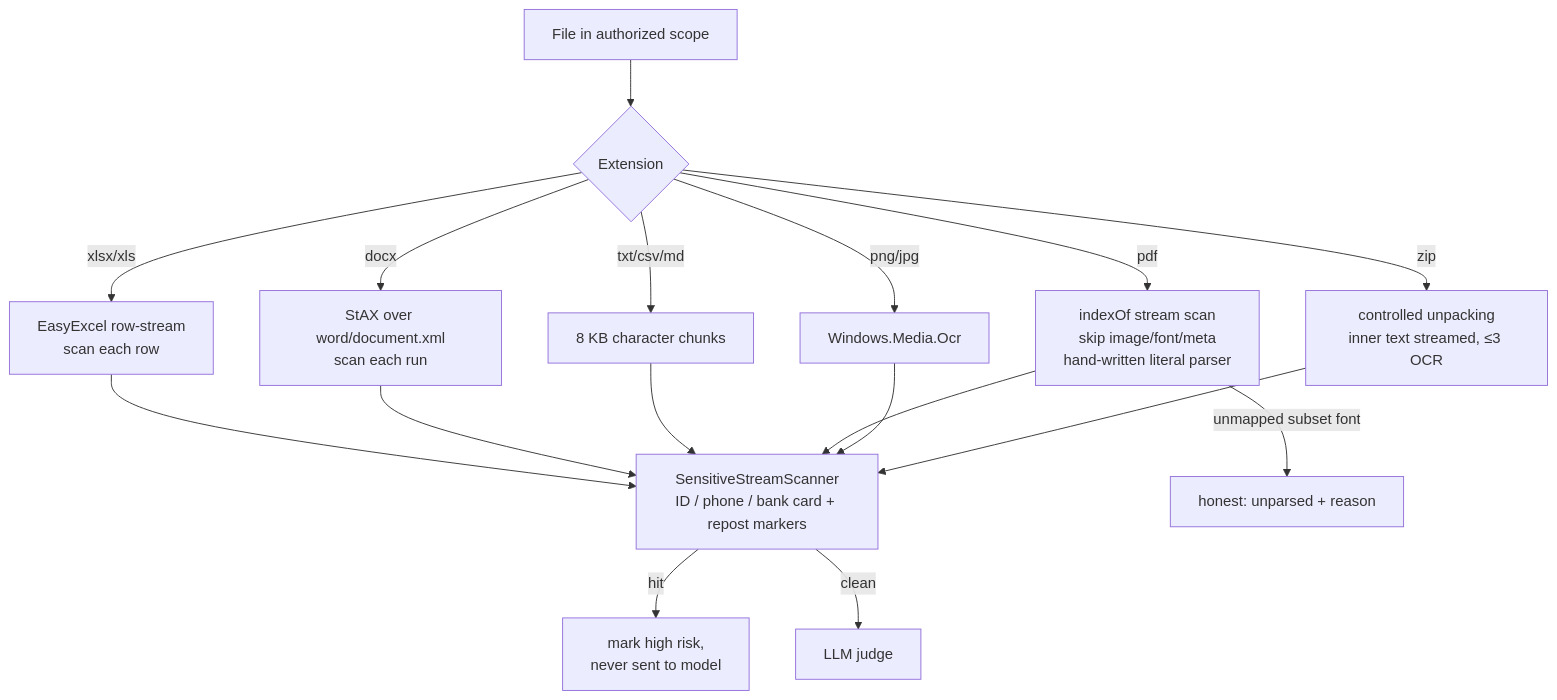
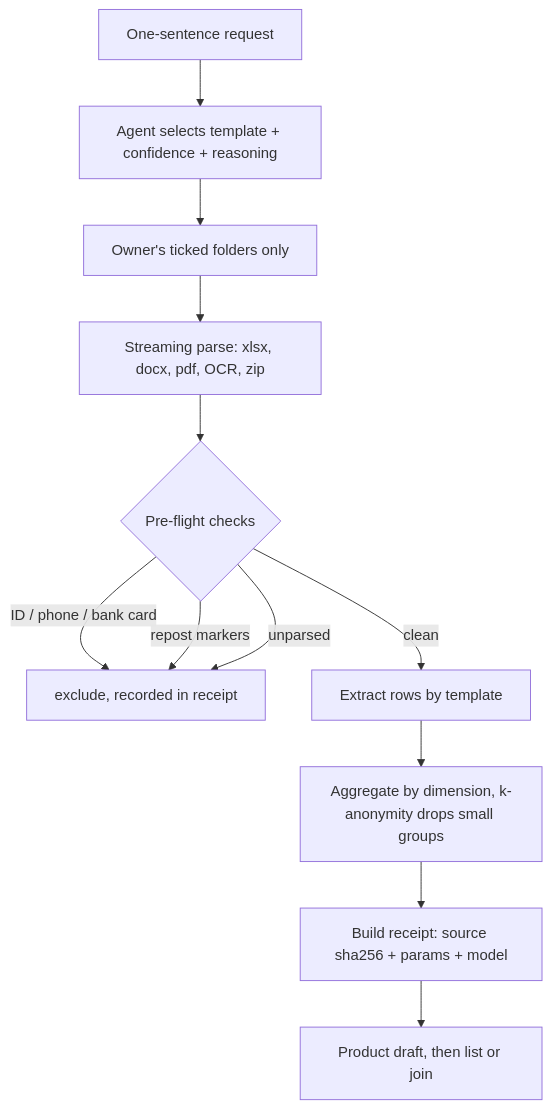
Before and after one commit to PanheadGG/agora-drive: the fifth of 7 diagrams in docs/www2026/WWW2026_Demo_AgentCloudDisk_EN.md, drawn with Mermaid. The commit also changed other lines of this file and 1 other file, not shown here.

Commit message:
docs: 重写 WWW2026 Demo 论文（多 Agent 协同版，中英双语，7 张 Mermaid + 5 张实拍图）

````diff
--- a/docs/www2026/WWW2026_Demo_AgentCloudDisk_EN.md
+++ b/docs/www2026/WWW2026_Demo_AgentCloudDisk_EN.md
@@ -230,20 +228,14 @@
 ```mermaid
 flowchart TD
-    F["File in authorized scope"] --> T{"Extension"}
-    T -->|xlsx/xls| X["EasyExcel row-stream<br/>scan each row"]
-    T -->|docx| W["StAX over word/document.xml<br/>scan each run"]
-    T -->|txt/csv/md| T2["8 KB character chunks"]
-    T -->|pdf| P["indexOf stream scan<br/>skip image/font/meta<br/>hand-written literal parser"]
-    T -->|png/jpg| O["Windows.Media.Ocr"]
-    T -->|zip| Z["controlled unpacking<br/>inner text streamed, ≤3 OCR"]
-    X --> SC["SensitiveStreamScanner<br/>ID / phone / bank card + repost markers"]
-    W --> SC
-    T2 --> SC
-    P --> SC
-    O --> SC
-    Z --> SC
-    SC -->|hit| RISK["mark high risk,<br/>never sent to model"]
-    SC -->|clean| JUDGE["LLM judge"]
-    P -->|"unmapped subset font"| UNP["honest: unparsed + reason"]
-
+    D["One-sentence request"] --> I["Agent selects template + confidence + reasoning"]
+    I --> F["Owner's ticked folders only"]
+    F --> P["Streaming parse: xlsx, docx, pdf, OCR, zip"]
+    P --> G{"Pre-flight checks"}
+    G -->|"ID / phone / bank card"| X["exclude, recorded in receipt"]
+    G -->|"repost markers"| X
+    G -->|"unparsed"| X
+    G -->|"clean"| T["Extract rows by template"]
+    T --> A["Aggregate by dimension, k-anonymity drops small groups"]
+    A --> R["Build receipt: source sha256 + params + model"]
+    R --> PR["Product draft, then list or join"]
 ```
````
